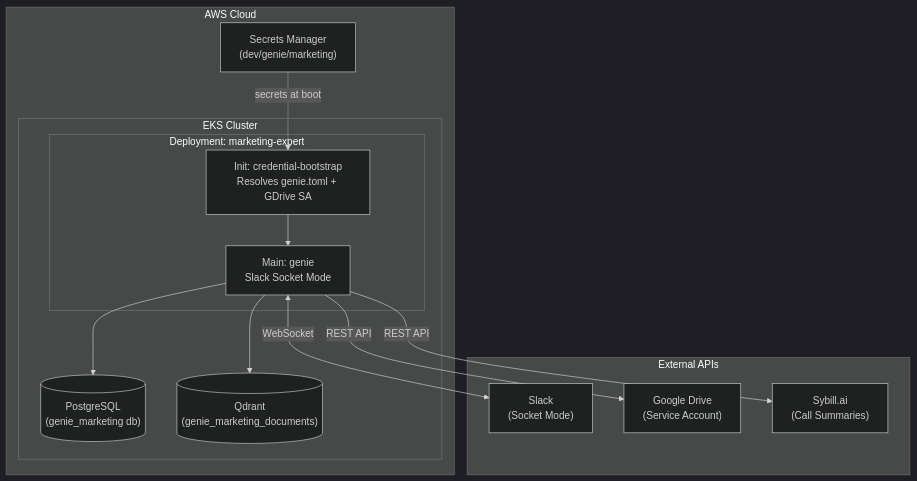
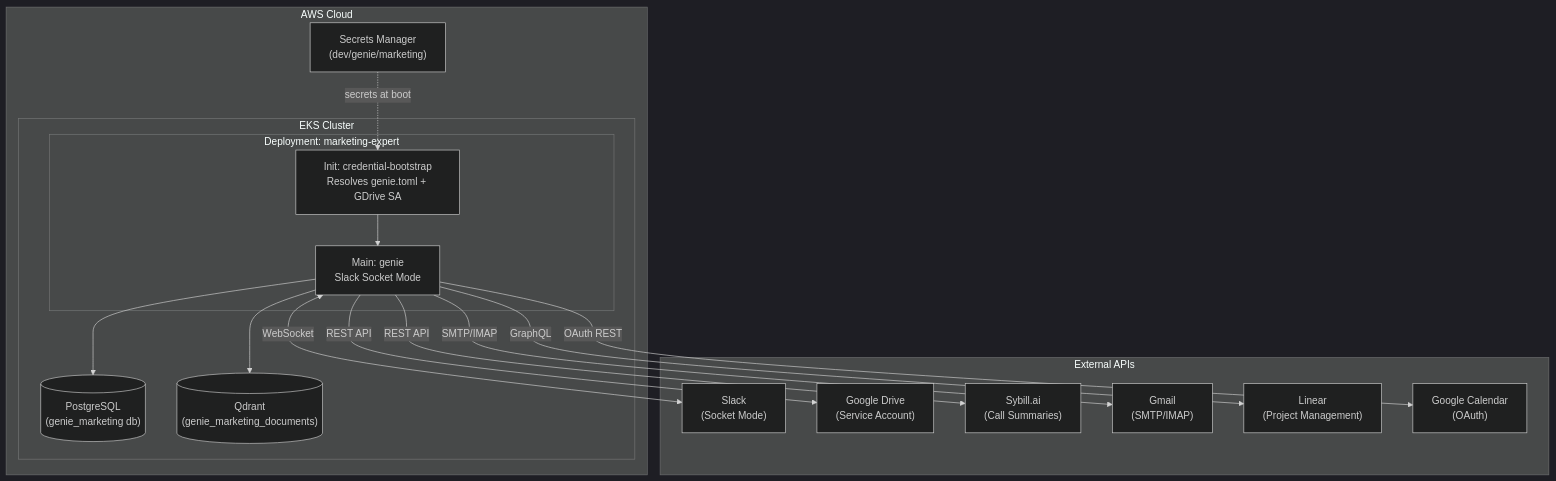
The diagram in examples/marketing-expert/README.md (stackgenhq/genie), drawn with Mermaid (dark theme) before and after one commit. The commit also changed other lines of this file and 38 other files, not shown here.

````diff
--- a/examples/marketing-expert/README.md
+++ b/examples/marketing-expert/README.md
@@ -9,31 +9,37 @@
 ```mermaid
 graph TB
     subgraph AWS [AWS Cloud]
         SM["Secrets Manager<br/>(dev/genie/marketing)"]
 
         subgraph EKS [EKS Cluster]
             subgraph Deploy [Deployment: marketing-expert]
                 Init["Init: credential-bootstrap<br/>Resolves genie.toml + GDrive SA"]
                 Main["Main: genie<br/>Slack Socket Mode"]
                 Init --> Main
             end
             
             PG[("PostgreSQL<br/>(genie_marketing db)")]
             QD[("Qdrant<br/>(genie_marketing_documents)")]
         end
     end
 
     subgraph External [External APIs]
         Slack["Slack<br/>(Socket Mode)"]
         GDrive["Google Drive<br/>(Service Account)"]
         Sybill["Sybill.ai<br/>(Call Summaries)"]
+        Gmail["Gmail<br/>(SMTP/IMAP)"]
+        Linear["Linear<br/>(Project Management)"]
+        GCal["Google Calendar<br/>(OAuth)"]
     end
 
     %% Connections
     SM -.->|secrets at boot| Init
     Main <-->|WebSocket| Slack
     Main -->|REST API| GDrive
     Main -->|REST API| Sybill
+    Main -->|SMTP/IMAP| Gmail
+    Main -->|GraphQL| Linear
+    Main -->|OAuth REST| GCal
     Main --> PG
     Main --> QD
 ```
````
